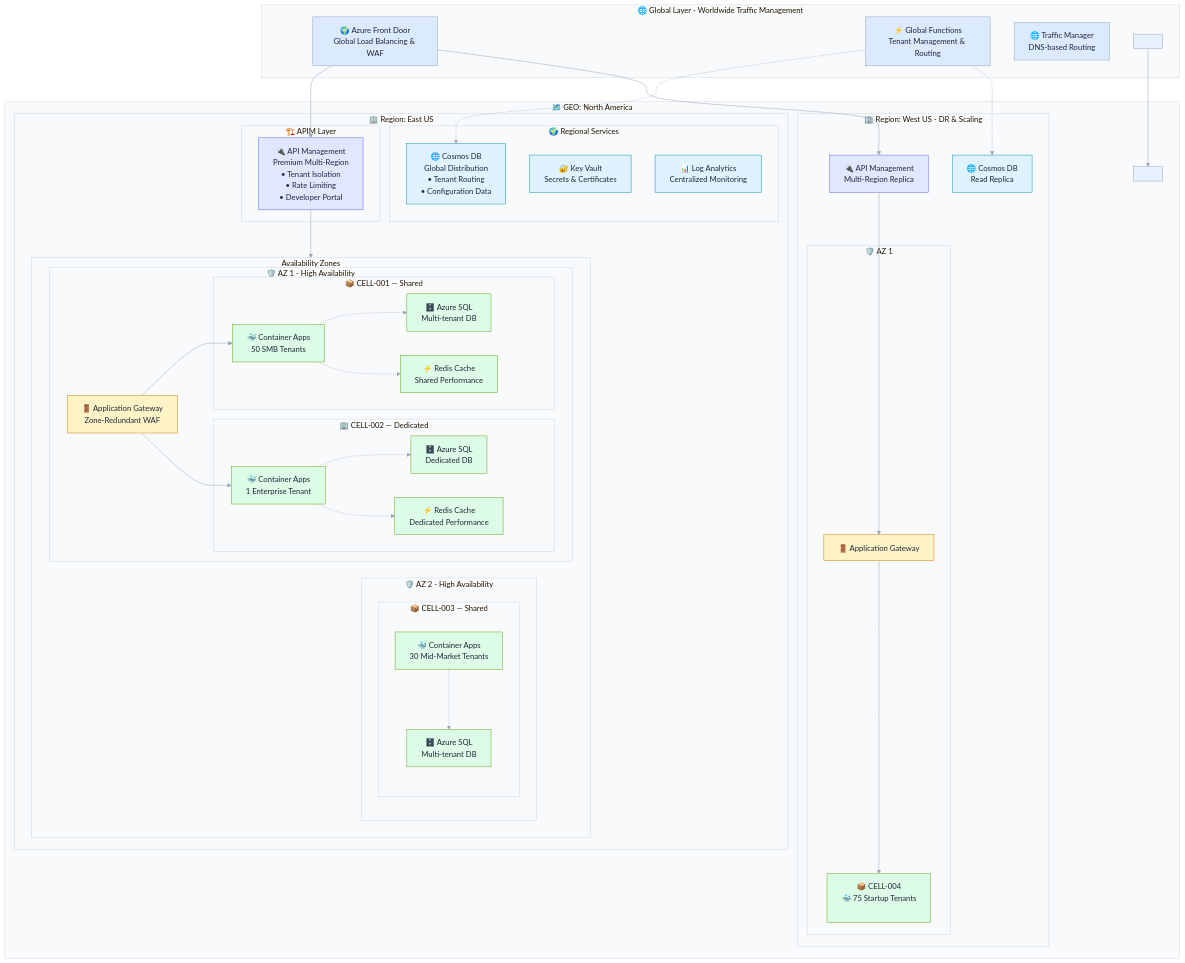
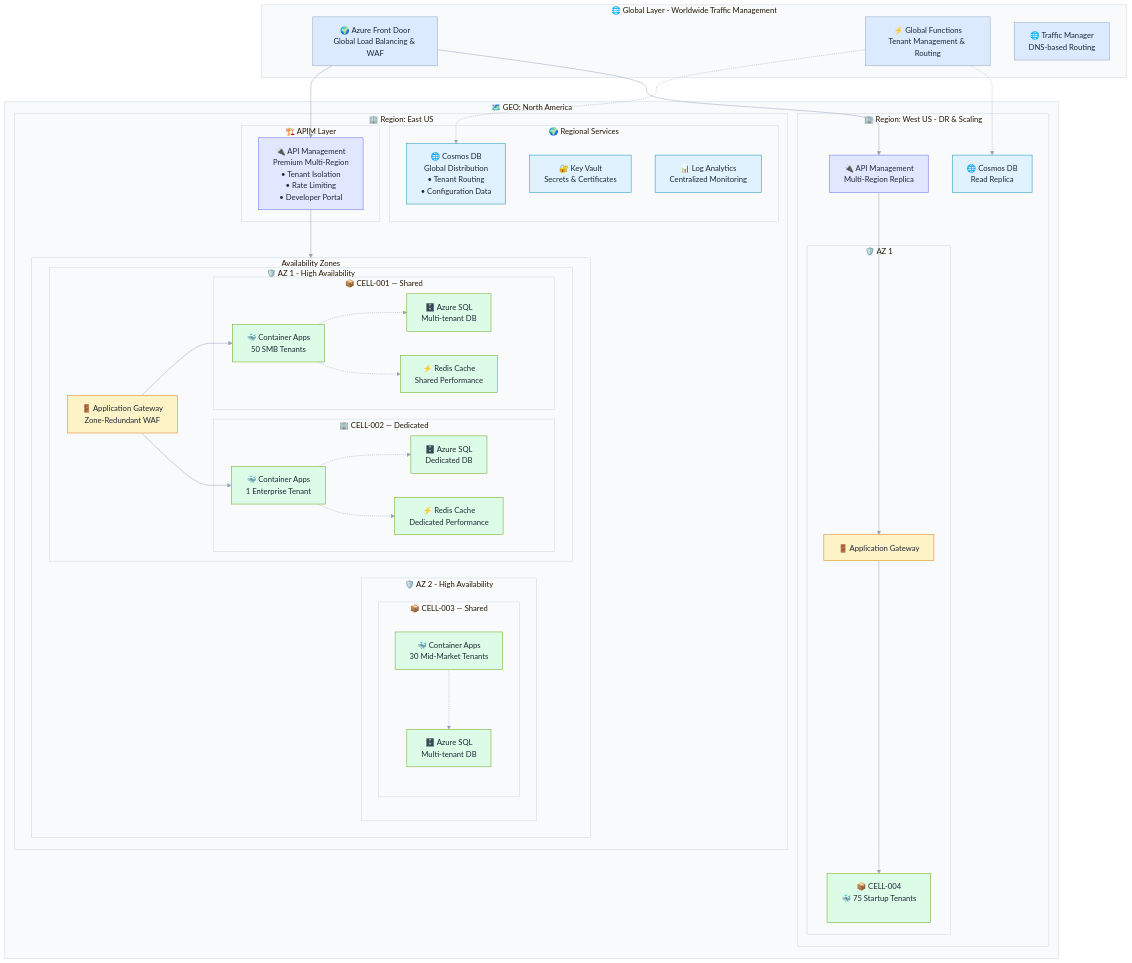
One commit to srnichols/StampsPattern changed the diagram in README.md. Above: the diagram before and after it, drawn with Mermaid.

Commit message:
docs(readme): remove empty anchor boxes; keep AZ2 only after AZ1 inside Availability Zones; widen CELL-001 header padding

```diff
--- a/README.md
+++ b/README.md
@@ -38,11 +38,9 @@
         FD[🌍 Azure Front Door<br/>Global Load Balancing & WAF]
         GF[⚡ Global Functions<br/>Tenant Management & Routing]
         TM[🌐 Traffic Manager<br/>DNS-based Routing]
-        GL_ANCHOR[ ]
     end
     
     subgraph "🗺️ GEO: North America"
-        NA_ANCHOR[ ]
         subgraph "🏢 Region: East US"
             subgraph "🏗️ APIM Layer"
                 APIM1[🔌 API Management<br/>Premium Multi-Region<br/>• Tenant Isolation<br/>• Rate Limiting<br/>• Developer Portal]
@@ -52,7 +50,7 @@
                 direction LR
                 subgraph "🛡️ AZ 1 - High Availability"
                     AG1[🚪 Application Gateway<br/>Zone-Redundant WAF]
-                    subgraph "📦 CELL-001 — Shared<br/>&nbsp;&nbsp;&nbsp;&nbsp;&nbsp;&nbsp;&nbsp;&nbsp;&nbsp;&nbsp;"
+                    subgraph "📦 CELL-001 — Shared<br/>&nbsp;&nbsp;&nbsp;&nbsp;&nbsp;&nbsp;&nbsp;&nbsp;&nbsp;&nbsp;&nbsp;&nbsp;&nbsp;"
                         CA1[🐳 Container Apps<br/>50 SMB Tenants]
                         SQL1[🗄️ Azure SQL<br/>Multi-tenant DB]
                         REDIS1[⚡ Redis Cache<br/>Shared Performance]
@@ -88,9 +86,6 @@
     end
     
     %% Traffic Flow
-    %% Centering nudge: align Global above North America
-    GL_ANCHOR --> NA_ANCHOR
-
     FD --> APIM1
     FD --> APIM2
     
```
